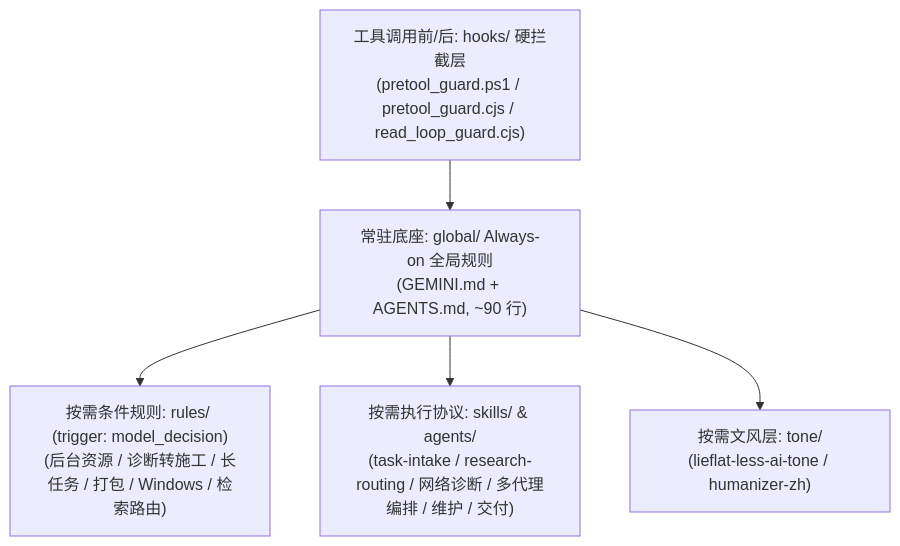
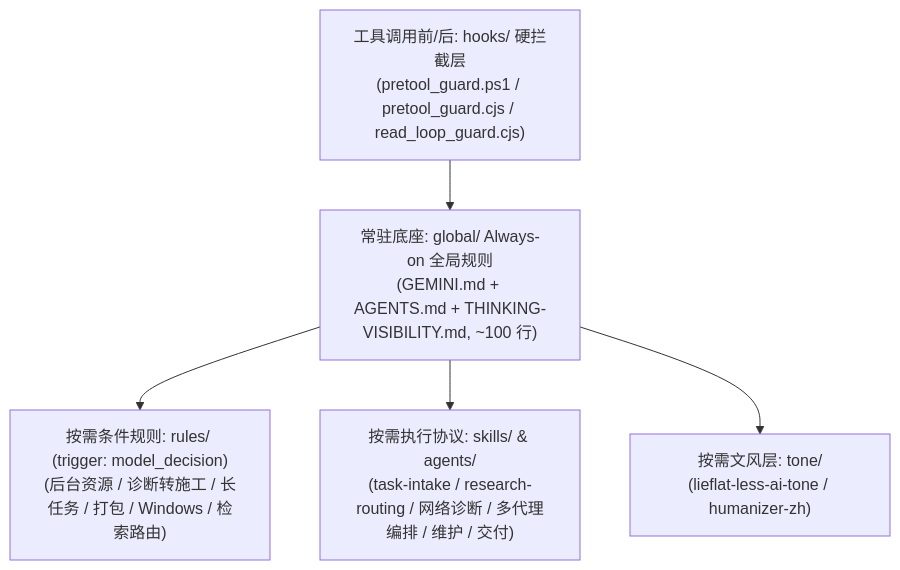
Before and after one commit to LEN5010/antigravity-agent-rules: the diagram in README.md, drawn with Mermaid. The commit also changed other lines of this file and 3 other files, not shown here.

Commit message:
feat(global): add always-on thinking visibility rule before tool calls

````diff
--- a/README.md
+++ b/README.md
@@ -131,7 +131,7 @@
 ```mermaid
 flowchart TD
-    A["工具调用前/后: hooks/ 硬拦截层<br/>(pretool_guard.ps1 / pretool_guard.cjs / read_loop_guard.cjs)"] --> B["常驻底座: global/ Always-on 全局规则<br/>(GEMINI.md + AGENTS.md, ~90 行)"]
+    A["工具调用前/后: hooks/ 硬拦截层<br/>(pretool_guard.ps1 / pretool_guard.cjs / read_loop_guard.cjs)"] --> B["常驻底座: global/ Always-on 全局规则<br/>(GEMINI.md + AGENTS.md + THINKING-VISIBILITY.md, ~100 行)"]
     B --> C["按需条件规则: rules/ (trigger: model_decision)<br/>(后台资源 / 诊断转施工 / 长任务 / 打包 / Windows / 检索路由)"]
     B --> D["按需执行协议: skills/ & agents/<br/>(task-intake / research-routing / 网络诊断 / 多代理编排 / 维护 / 交付)"]
     B --> E["按需文风层: tone/<br/>(lieflat-less-ai-tone / humanizer-zh)"]
 ```
````
